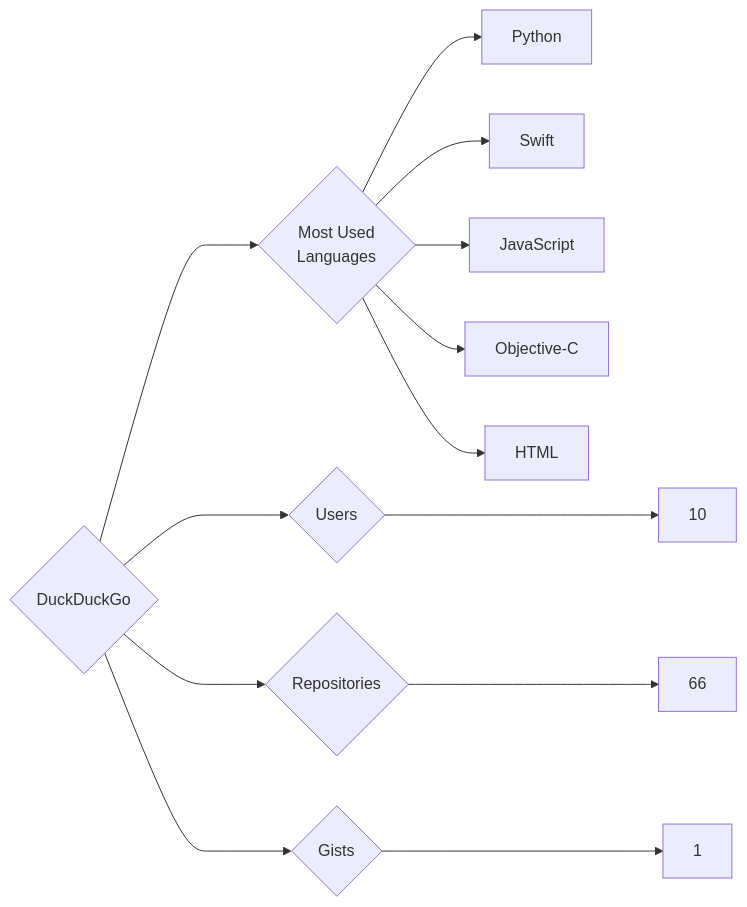
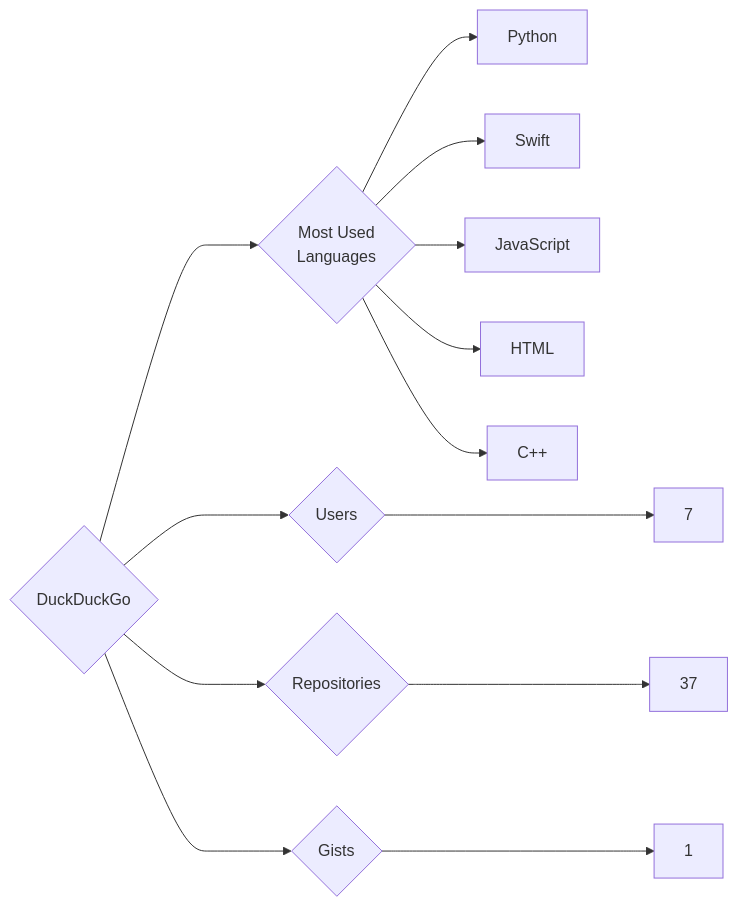
One commit to trickest/insiders changed the diagram in targets/DuckDuckGo/README.md. Above: the diagram before and after it, drawn with Mermaid. The commit also changed 611 other files, not shown here.

````diff
--- a/targets/DuckDuckGo/README.md
+++ b/targets/DuckDuckGo/README.md
@@ -3,13 +3,13 @@
 ```mermaid
 graph LR
 COMPANY_NAME{DuckDuckGo}
-COMPANY_NAME ---> U{Users} ---> UN[10]
-COMPANY_NAME ---> R{Repositories} ---> RN[66]
+COMPANY_NAME ---> U{Users} ---> UN[7]
+COMPANY_NAME ---> R{Repositories} ---> RN[37]
 COMPANY_NAME ---> G{Gists} ---> GN[1]
 COMPANY_NAME ---> ML{Most Used<br>Languages}
 ML --> Python[Python]
 ML --> Swift[Swift]
 ML --> JavaScript[JavaScript]
-ML --> Objective-C[Objective-C]
 ML --> HTML[HTML]
+ML --> C++[C++]
 ```
````
